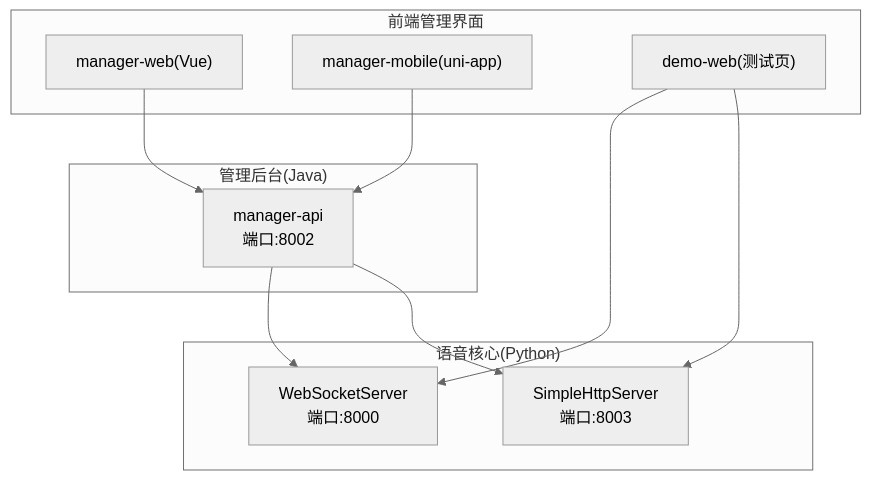
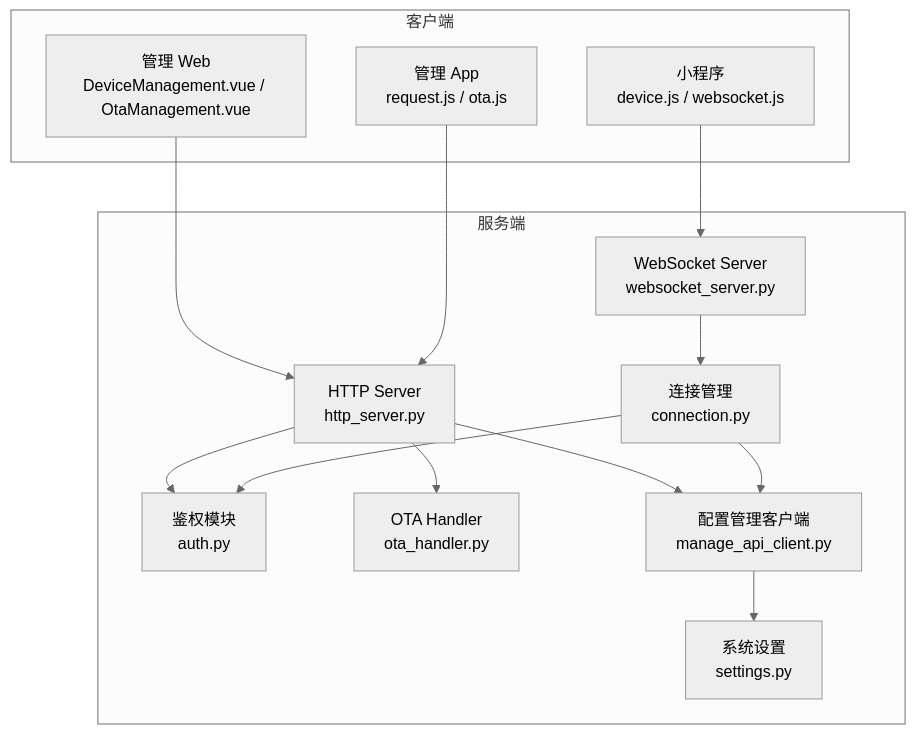
Before and after one commit to haixinke/xiaozhi-esp32-server: the first of 10 diagrams in .qoder/repowiki/zh/content/设备管理/设备管理.md, drawn with Mermaid (neutral theme). The commit also changed other lines of this file and 557 other files, not shown here.

````diff
--- a/.qoder/repowiki/zh/content/设备管理/设备管理.md
+++ b/.qoder/repowiki/zh/content/设备管理/设备管理.md
@@ -42,21 +47,27 @@
 ```mermaid
 graph TB
-subgraph "管理后台(Java)"
-MA["manager-api<br/>端口:8002"]
+subgraph "客户端"
+WEB["管理 Web<br/>DeviceManagement.vue / OtaManagement.vue"]
+MOBILE["管理 App<br/>request.js / ota.js"]
+MINI["小程序<br/>device.js / websocket.js"]
 end
-subgraph "语音核心(Python)"
-WS["WebSocketServer<br/>端口:8000"]
-HTTP["SimpleHttpServer<br/>端口:8003"]
+subgraph "服务端"
+HTTP["HTTP Server<br/>http_server.py"]
+WS["WebSocket Server<br/>websocket_server.py"]
+CONN["连接管理<br/>connection.py"]
+AUTH["鉴权模块<br/>auth.py"]
+OTA["OTA Handler<br/>ota_handler.py"]
+CFG["配置管理客户端<br/>manage_api_client.py"]
+SET["系统设置<br/>settings.py"]
 end
-subgraph "前端管理界面"
-WEB["manager-web(Vue)"]
-MOBILE["manager-mobile(uni-app)"]
-DEMO["demo-web(测试页)"]
-end
-WEB --> MA
-MOBILE --> MA
-DEMO --> WS
-DEMO --> HTTP
-MA --> WS
-MA --> HTTP
+WEB --> HTTP
+MOBILE --> HTTP
+MINI --> WS
+HTTP --> AUTH
+HTTP --> OTA
+HTTP --> CFG
+WS --> CONN
+CONN --> AUTH
+CONN --> CFG
+CFG --> SET
 ```
````
